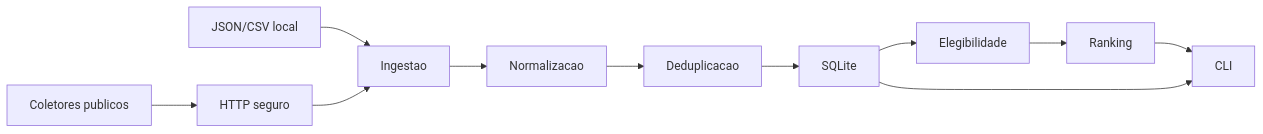
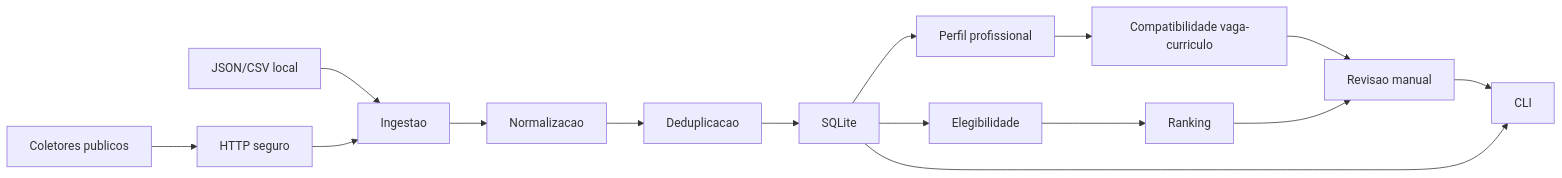
The diagram in docs/architecture.md (Islayder/JobSearch), drawn with Mermaid before and after one commit. The commit also changed other lines of this file and 37 other files, not shown here.

````diff
--- a/docs/architecture.md
+++ b/docs/architecture.md
@@ -20,13 +23,17 @@
 ```mermaid
 flowchart LR
-    A["JSON/CSV local"] --> C["Ingestao"]
+    L["JSON/CSV local"] --> C["Ingestao"]
     B["Coletores publicos"] --> H["HTTP seguro"]
     H --> C
     C --> D["Normalizacao"]
     D --> E["Deduplicacao"]
     E --> F["SQLite"]
     F --> G["Elegibilidade"]
     G --> R["Ranking"]
-    R --> I["CLI"]
+    F --> P["Perfil profissional"]
+    P --> X["Compatibilidade vaga-curriculo"]
+    X --> V["Revisao manual"]
+    R --> V
+    V --> I["CLI"]
     F --> I
 ```
````
